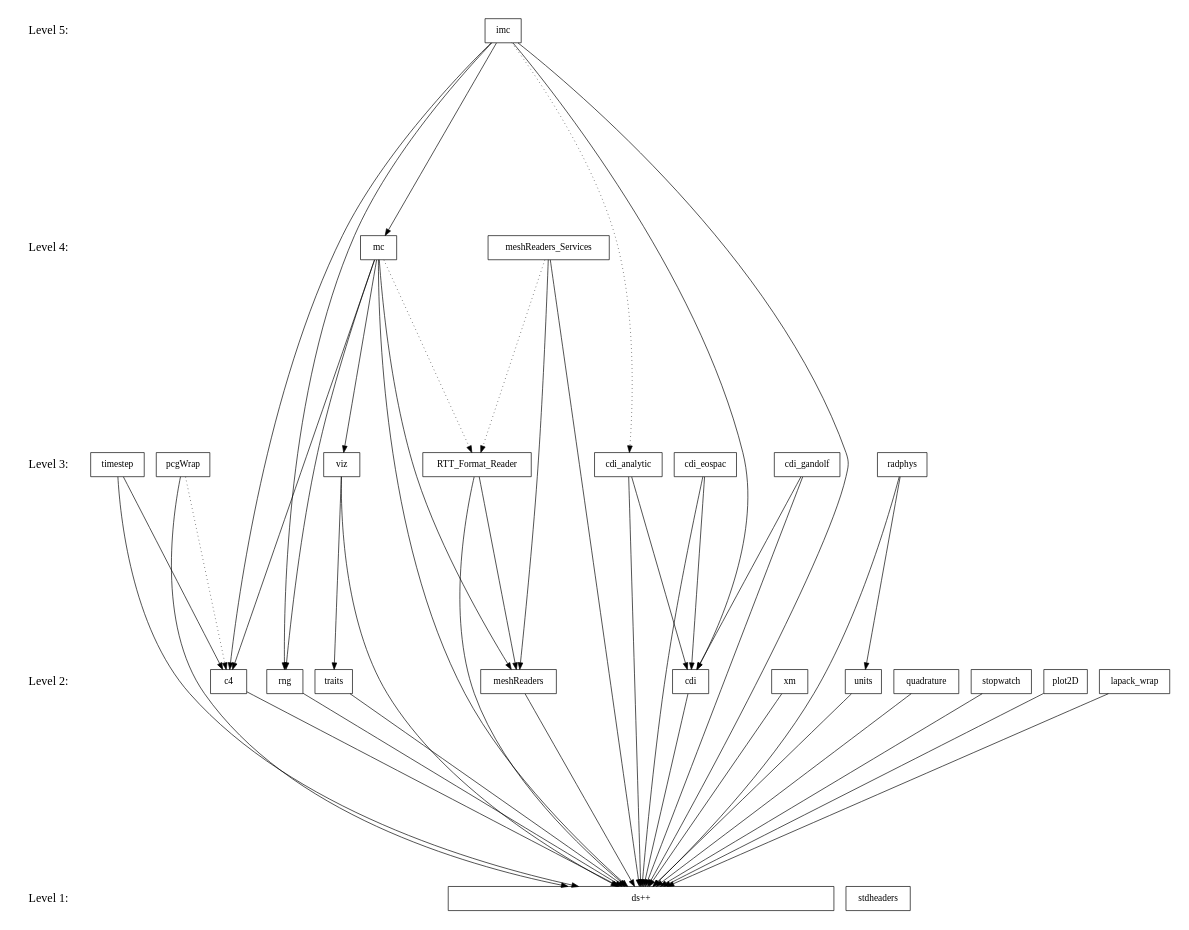
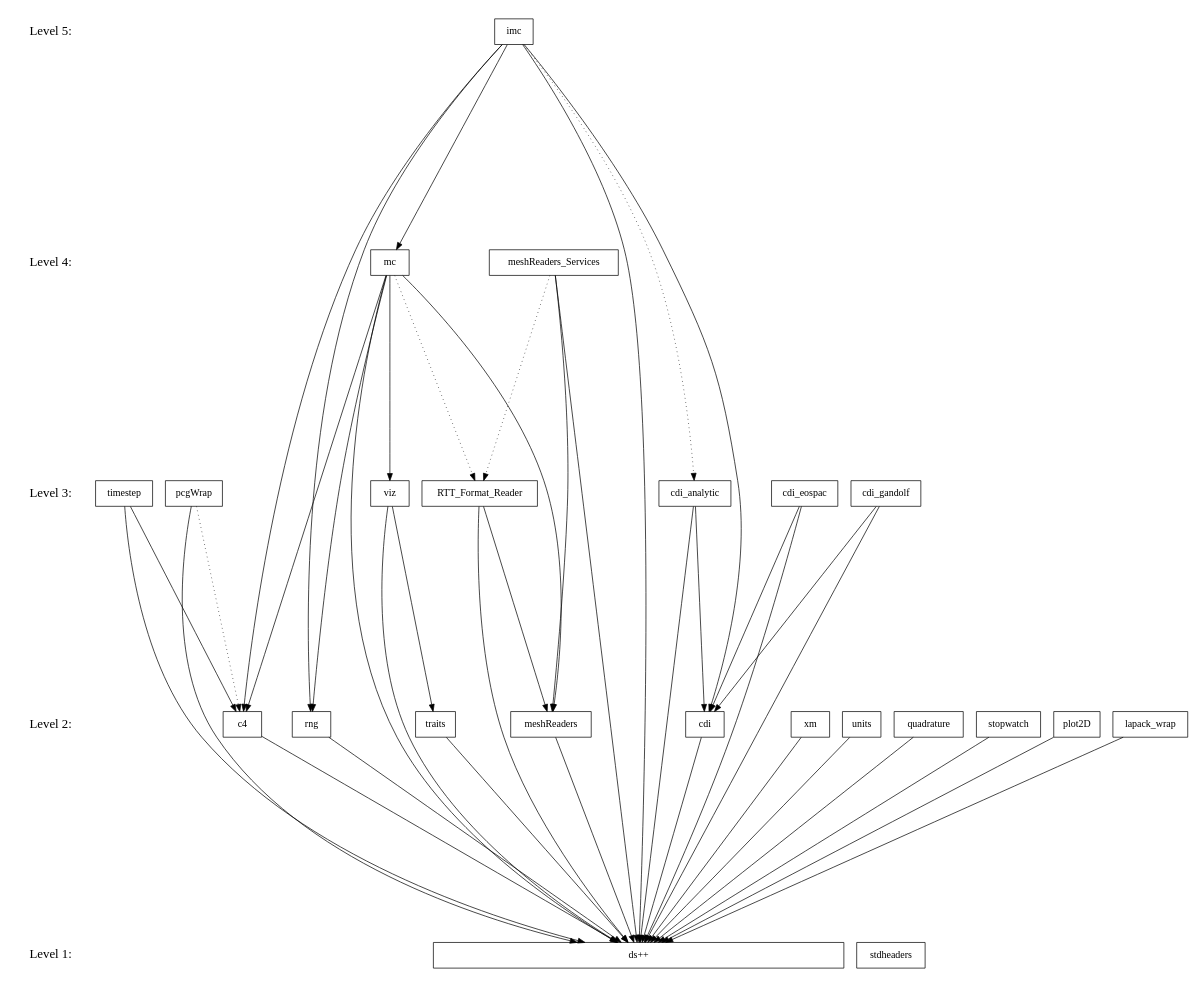
Before and after one commit to losalamos/Draco: the diagram in doc/design/level.dot, drawn with Graphviz. The commit also changed 4 other files, not shown here.

```diff
--- a/doc/design/level.dot
+++ b/doc/design/level.dot
@@ -1,94 +1,92 @@
 digraph draco_level {
     /* graph attributes */
     center=1;
     size="7.5,10";
     ranksep=4;
     
     /* levels */
     level1 [shape=plaintext, label="Level 1:", fontsize=18];
     level2 [shape=plaintext, label="Level 2:", fontsize=18];
     level3 [shape=plaintext, label="Level 3:", fontsize=18];
     level4 [shape=plaintext, label="Level 4:", fontsize=18];
     level5 [shape=plaintext, label="Level 5:", fontsize=18];
     
     level5 -> level4 -> level3 -> level2 -> level1 [style=invis];
     
     /* packages */
     
     /* level 1 */
     dsxx [shape=box, label="ds++", width=8];
     stdheaders [shape=box, label="stdheaders"];
     
     /* level 2 */
     traits [shape=box, label="traits"];
     xm [shape=box, label="xm"];
     c4 [shape=box, label="c4"];
     rng [shape=box, label="rng"];
     units [shape=box, label="units"];
     cdi [shape=box, label="cdi"];
     quad [shape=box, label="quadrature"];
     meshread [shape=box, label="meshReaders"];
     stop [shape=box, label="stopwatch"]; 
     plot [shape=box, label="plot2D"];
     lapack [shape=box, label="lapack_wrap"];
     
     /* level 3 */
     viz [shape=box, label="viz"];
-    radphys [shape=box, label="radphys"];
     timestep [shape=box, label="timestep"];
     cdianal [shape=box, label="cdi_analytic"];
     cdieos [shape=box, label="cdi_eospac"];
     cdigan [shape=box, label="cdi_gandolf"];
     pcg [shape=box, label="pcgWrap"];
     rttread [shape=box, label="RTT_Format_Reader"];
     
     /* level 4 */
     mc [shape=box, label="mc"];
     meshservice [shape=box, label="meshReaders_Services"];
 
     /* level 5 */
     imc [shape=box, label="imc"];
     
     /* dependencies */
     {rank=same; level1 stdheaders dsxx};
     {rank=same; level2 plot lapack stop traits xm c4 rng units meshread cdi quad};
-    {rank=same; level3 rttread viz radphys timestep cdianal cdieos cdigan pcg};
+    {rank=same; level3 rttread viz timestep cdianal cdieos cdigan pcg};
     {rank=same; level4 mc meshservice};
     {rank=same; level5 imc};
     
     /* draco packages */
     
     /* level 2 */
     xm          -> {dsxx};
     units       -> {dsxx};
     traits      -> {dsxx};
     c4          -> {dsxx};
     rng         -> {dsxx};
     cdi         -> {dsxx};
     meshread    -> {dsxx};
     quad        -> {dsxx};
     stop        -> {dsxx};
     plot        -> {dsxx};
     lapack      -> {dsxx};
     
     /* level 3 */
     viz         -> {traits dsxx};
     timestep    -> {c4 dsxx};
-    radphys     -> {units dsxx};
     pcg         -> {dsxx};
     pcg         -> {c4} [style=dotted];
     cdianal     -> {cdi dsxx};
     cdieos      -> {cdi dsxx};
     cdigan      -> {cdi dsxx};
     rttread     -> {meshread dsxx};
 
     /* level 4 */
     mc          -> {viz meshread rng c4 dsxx};
     mc          -> {rttread} [style=dotted];
     meshservice -> {meshread dsxx};
     meshservice -> {rttread} [style=dotted];
 
     /* level 5 */
     imc         -> {mc cdi rng c4 dsxx};
     imc         -> {cdianal} [style=dotted];
 }
```
